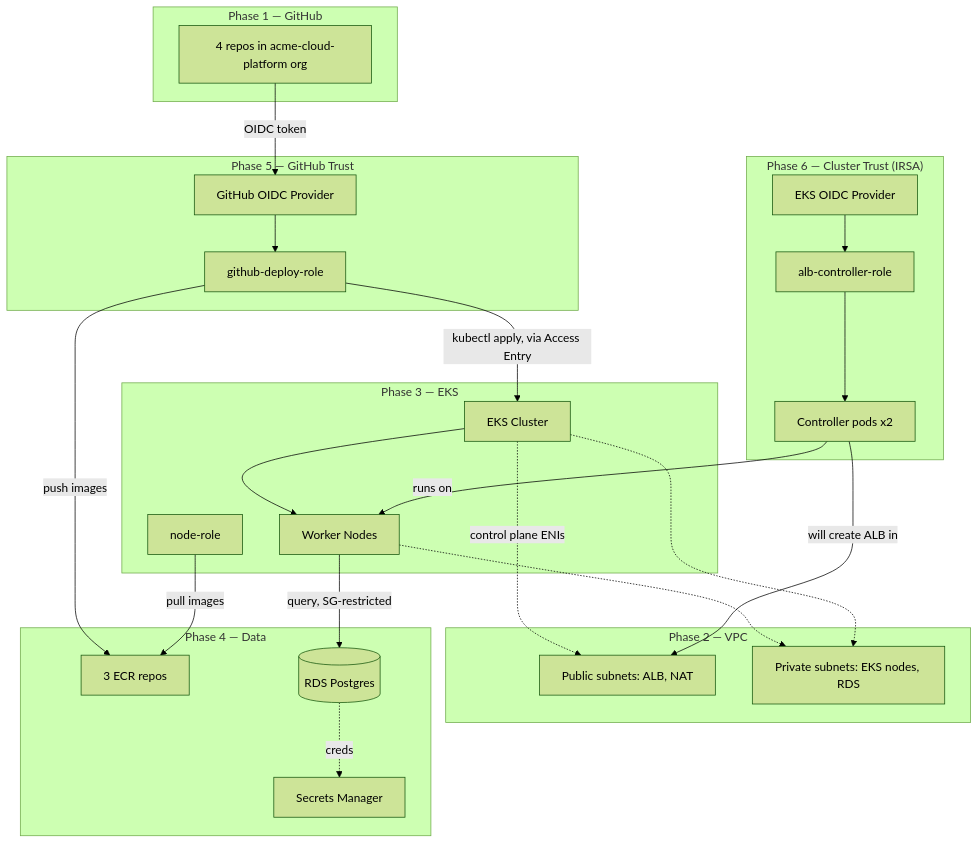
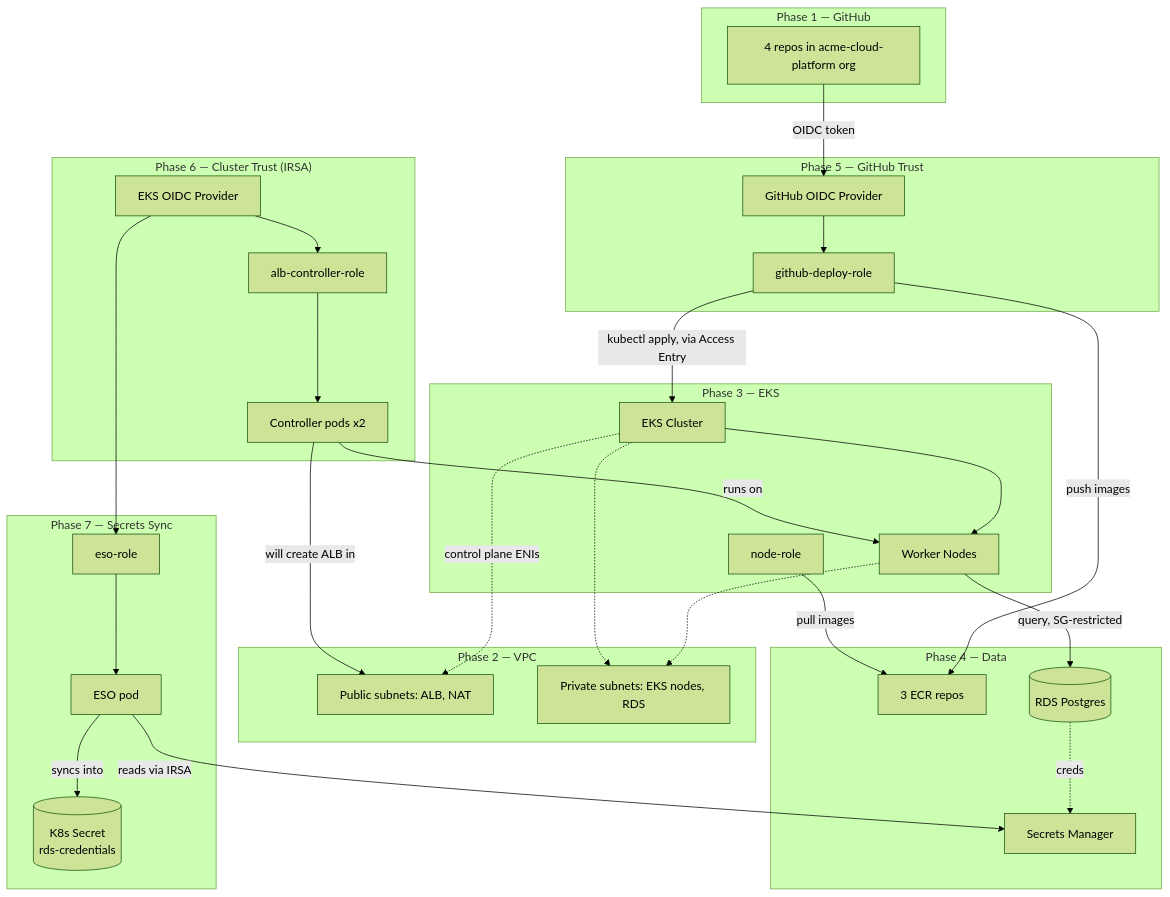
The eighth of 8 diagrams in README.md (acme-cloud-platform/platform-infrastructure), drawn with Mermaid (forest theme) before and after one commit. The commit also changed other lines of this file and 7 other files, not shown here.

Commit message:
Phase 7 complete: External Secrets Operator + max-pods launch template fix

````diff
--- a/README.md
+++ b/README.md
@@ -295,50 +343,60 @@
 ```mermaid
 graph TB
     subgraph GitHub["Phase 1 — GitHub"]
         Repos[4 repos in acme-cloud-platform org]
     end
 
     subgraph OIDC5["Phase 5 — GitHub Trust"]
         Provider[GitHub OIDC Provider]
         DeployRole[github-deploy-role]
     end
 
     subgraph Network["Phase 2 — VPC"]
         Pub[Public subnets: ALB, NAT]
         Priv[Private subnets: EKS nodes, RDS]
     end
 
     subgraph Compute["Phase 3 — EKS"]
         Cluster[EKS Cluster]
         Nodes[Worker Nodes]
         NodeRole[node-role]
     end
 
     subgraph Data["Phase 4 — Data"]
         ECRRepos[3 ECR repos]
         RDS[(RDS Postgres)]
         Secret[Secrets Manager]
     end
 
     subgraph OIDC6["Phase 6 — Cluster Trust (IRSA)"]
         EksOidc[EKS OIDC Provider]
         AlbRole[alb-controller-role]
         AlbPods[Controller pods x2]
     end
 
+    subgraph ESO["Phase 7 — Secrets Sync"]
+        EsoRole[eso-role]
+        EsoPod[ESO pod]
+        K8sSecret[(K8s Secret<br/>rds-credentials)]
+    end
+
     Repos -->|OIDC token| Provider
     Provider --> DeployRole
     DeployRole -->|push images| ECRRepos
     DeployRole -->|kubectl apply, via Access Entry| Cluster
     NodeRole -->|pull images| ECRRepos
     Nodes -->|query, SG-restricted| RDS
     RDS -.creds.-> Secret
     Cluster --> Nodes
     Nodes -.-> Priv
     Cluster -.control plane ENIs.-> Pub
     Cluster -.-> Priv
     EksOidc --> AlbRole
     AlbRole --> AlbPods
     AlbPods -->|runs on| Nodes
     AlbPods -->|will create ALB in| Pub
+    EksOidc --> EsoRole
+    EsoRole --> EsoPod
+    EsoPod -->|reads via IRSA| Secret
+    EsoPod -->|syncs into| K8sSecret
 ```
````
